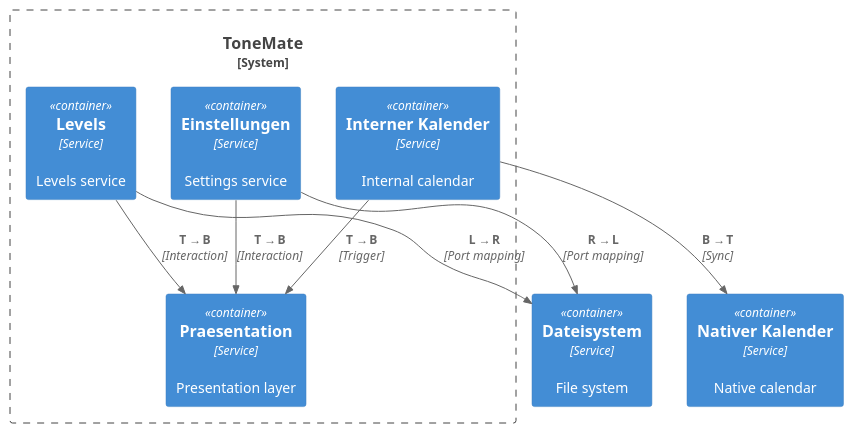
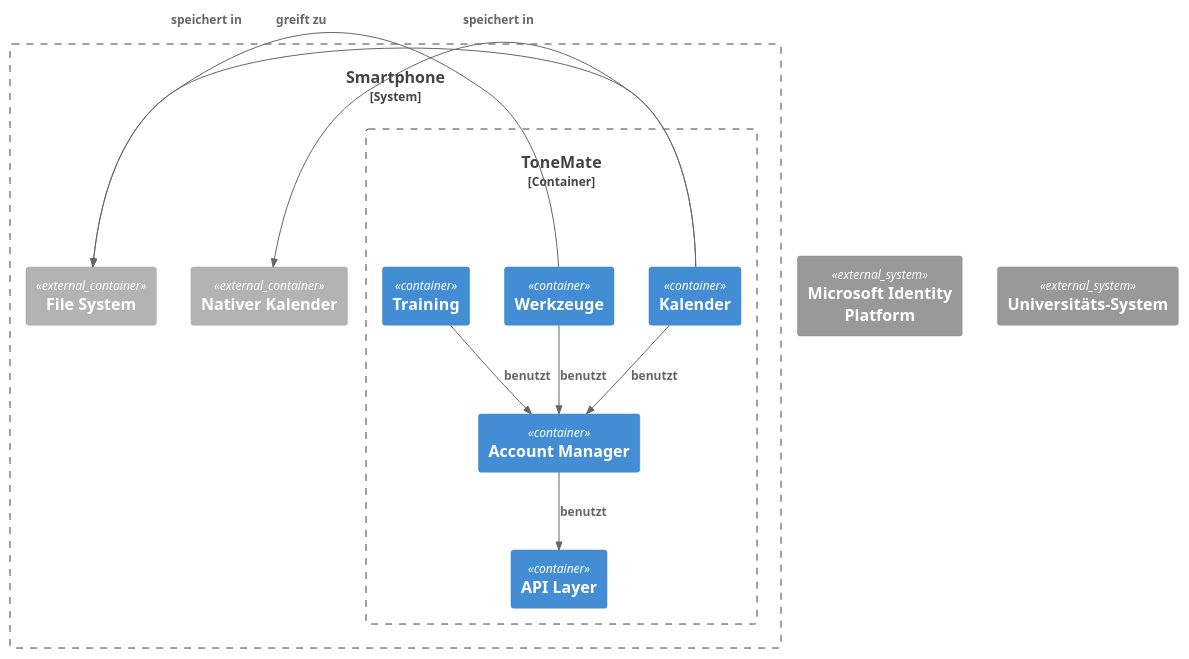
The second of 2 diagrams in src/05_building_block_view.adoc (BB223/sw-architecture), drawn with PlantUML before and after one commit. The commit also changed other lines of this file, not shown here.

```diff
--- a/src/05_building_block_view.adoc
+++ b/src/05_building_block_view.adoc
@@ -77,30 +80,29 @@
 [plantuml]
 ....
 @startuml
 !include <C4/C4_Container>
-!include <C4/C4_Deployment>
 
-' Define the ToneMate boundary with internal services
-System_Boundary(s1, "ToneMate") {
-  Container(presentation, "Praesentation", "Service", "Presentation layer")
-  Container(levels, "Levels", "Service", "Levels service")
-  Container(settings, "Einstellungen", "Service", "Settings service")
-  Container(calender_int, "Interner Kalender", "Service", "Internal calendar")
+System_Boundary(phone, "Smartphone") {
+    Container_Boundary(toneMate, "ToneMate") {
+        Container(training, "Training")
+        Container(werkzeuge, "Werkzeuge")
+        Container(kalender, "Kalender")
+        Container(accountManager, "Account Manager")
+        Container(api, "API Layer")
+
+        Rel_D(training, accountManager, "benutzt")
+        Rel_D(werkzeuge, accountManager, "benutzt")
+        Rel_D(kalender, accountManager, "benutzt")
+        Rel_D(accountManager, api, "benutzt")
+    }
+    Container_Ext(fileSystem, "File System")
+    Container_Ext(kalenderExt, "Nativer Kalender")
+
+    Rel_L(kalender, kalenderExt, "speichert in")
+    Rel_L(kalender, fileSystem, "speichert in")
+    Rel_L(werkzeuge, fileSystem, "greift zu")
 }
-
-' Define external services
-Container(file_ext, "Dateisystem", "Service", "File system")
-Container(calender_ext, "Nativer Kalender", "Service", "Native calendar")
-
-' Define relationships reflecting the mermaid edge directions
-Rel(settings, file_ext, "R → L", "Port mapping")
-Rel(levels, file_ext, "L → R", "Port mapping")
-
-Rel(settings, presentation, "T → B", "Interaction")
-Rel(levels, presentation, "T → B", "Interaction")
-
-Rel(calender_int, calender_ext, "B → T", "Sync")
-Rel(calender_int, presentation, "T → B", "Trigger")
-
+System_Ext(oauth, "Microsoft Identity Platform")
+System_Ext(uni, "Universitäts-System")
 @enduml
 ....
```
